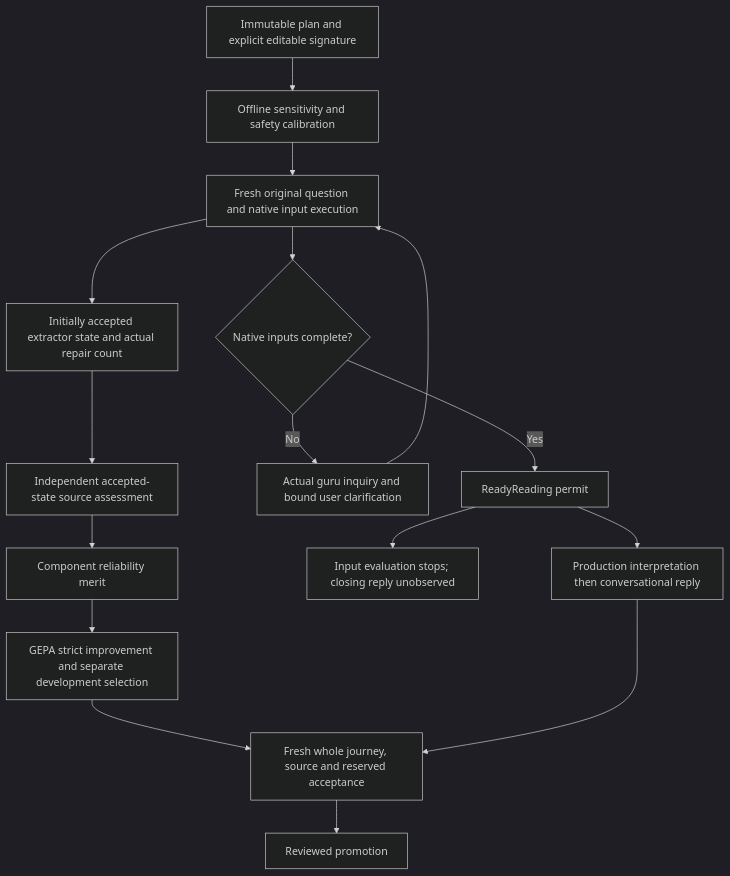
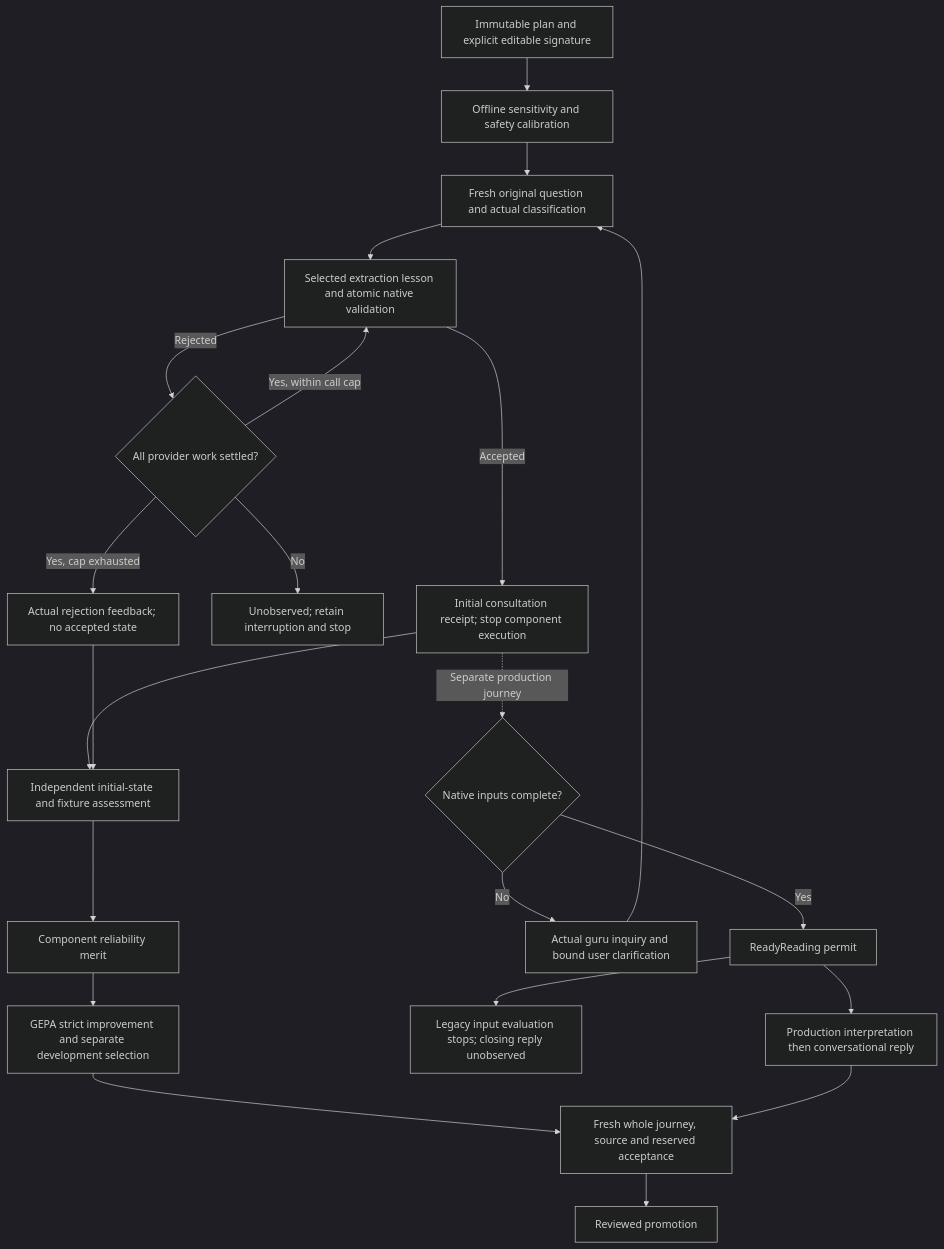
Before and after one commit to delysis/horary-web: the third of 3 diagrams in docs/PROMPT_OPTIMIZATION.md, drawn with Mermaid (dark theme). The commit also changed other lines of this file and 22 other files, not shown here.

Commit message:
Measure initial extraction before fixed stages and preserve hosted failures

````diff
--- a/docs/PROMPT_OPTIMIZATION.md
+++ b/docs/PROMPT_OPTIMIZATION.md
@@ -130,18 +132,24 @@
 ```mermaid
 flowchart TD
   P[Immutable plan and explicit editable signature] --> C[Offline sensitivity and safety calibration]
-  C --> I[Fresh original question and native input execution]
-  I --> E[Initially accepted extractor state and actual repair count]
-  E --> J[Independent accepted-state source assessment]
+  C --> I[Fresh original question and actual classification]
+  I --> X[Selected extraction lesson and atomic native validation]
+  X -->|Rejected| V{All provider work settled?}
+  V -->|Yes, within call cap| X
+  V -->|Yes, cap exhausted| F[Actual rejection feedback; no accepted state]
+  V -->|No| U[Unobserved; retain interruption and stop]
+  X -->|Accepted| E[Initial consultation receipt; stop component execution]
+  E --> J[Independent initial-state and fixture assessment]
+  F --> J
   J --> M[Component reliability merit]
   M --> G[GEPA strict improvement and separate development selection]
-  I --> N{Native inputs complete?}
+  E -. Separate production journey .-> N{Native inputs complete?}
   N -->|No| Q[Actual guru inquiry and bound user clarification]
   Q --> I
   N -->|Yes| H[ReadyReading permit]
-  H --> S[Input evaluation stops; closing reply unobserved]
+  H --> S[Legacy input evaluation stops; closing reply unobserved]
   H --> R[Production interpretation then conversational reply]
   G --> A[Fresh whole journey, source and reserved acceptance]
   R --> A
   A --> D[Reviewed promotion]
 ```
````
